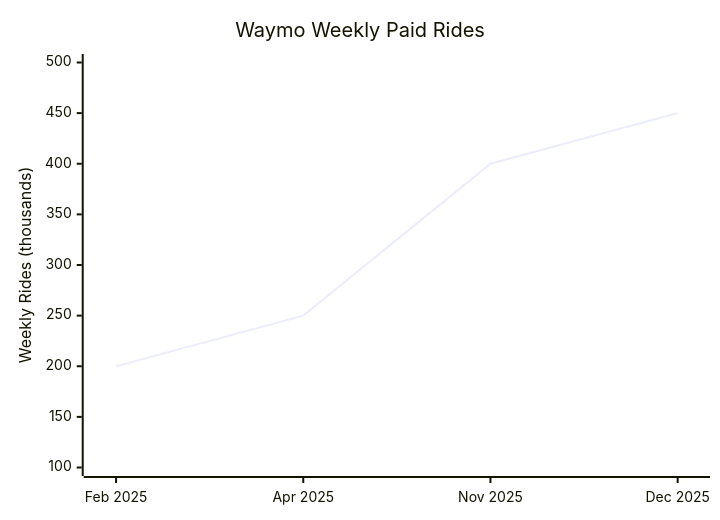
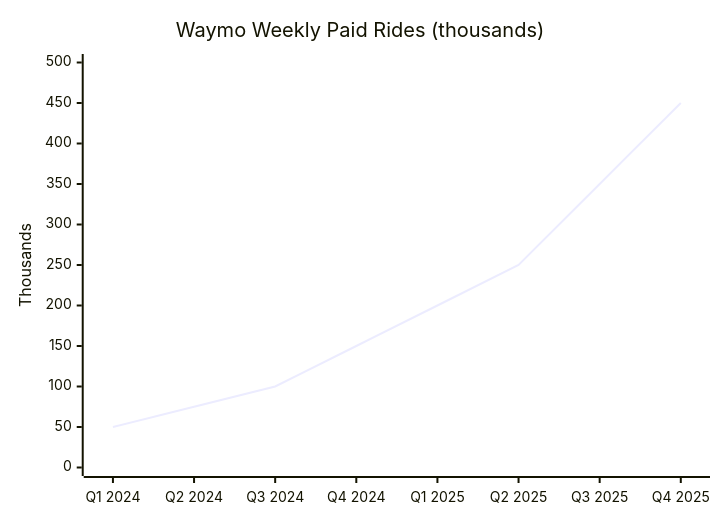
The second of 2 diagrams in pilot-2025/robots-hardware.md (pasky/grand-endeavors), drawn with Mermaid before and after one commit. The commit also changed other lines of this file, not shown here.

````diff
--- a/pilot-2025/robots-hardware.md
+++ b/pilot-2025/robots-hardware.md
@@ -68,7 +74,7 @@
 ```mermaid
 xychart-beta
-    title "Waymo Weekly Paid Rides"
-    x-axis ["Feb 2025", "Apr 2025", "Nov 2025", "Dec 2025"]
-    y-axis "Weekly Rides (thousands)" 100 --> 500
-    line [200, 250, 400, 450]
+    title "Waymo Weekly Paid Rides (thousands)"
+    x-axis ["Q1 2024", "Q2 2024", "Q3 2024", "Q4 2024", "Q1 2025", "Q2 2025", "Q3 2025", "Q4 2025"]
+    y-axis "Thousands" 0 --> 500
+    line [50, 75, 100, 150, 200, 250, 350, 450]
 ```
````
